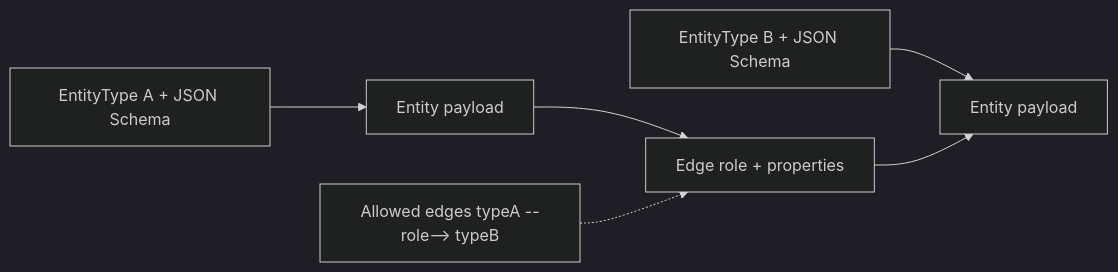
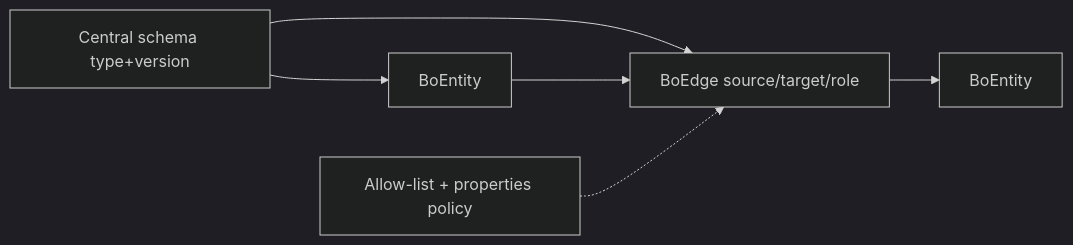
Before and after one commit to qpointz/objs: the diagram in docs/design/graph/README.md, drawn with Mermaid (dark theme). The commit also changed other lines of this file and 14 other files, not shown here.

First line of the commit message:
[docs] Lock entity-graph foundation gaps and align design/story

````diff
--- a/docs/design/graph/README.md
+++ b/docs/design/graph/README.md
@@ -28,14 +30,13 @@
 ```mermaid
 flowchart LR
-  typeA["EntityType A + JSON Schema"]
-  typeB["EntityType B + JSON Schema"]
-  entA["Entity payload"]
-  entB["Entity payload"]
-  edge["Edge role + properties"]
-  allow["Allowed edges typeA --role--> typeB"]
-  typeA --> entA
-  typeB --> entB
+  schema["Central schema type+version"]
+  entA["BoEntity"]
+  entB["BoEntity"]
+  edge["BoEdge source/target/role"]
+  allow["Allow-list + properties policy"]
+  schema --> entA
+  schema --> edge
   entA --> edge
   edge --> entB
   allow -.-> edge
 ```
````
